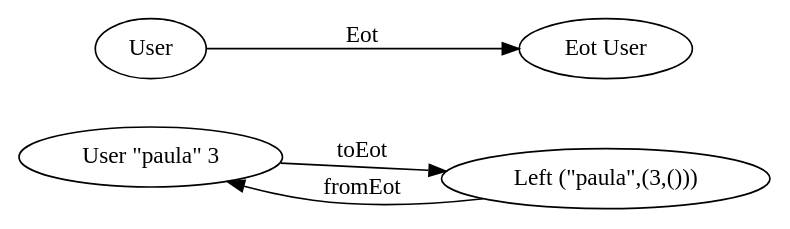
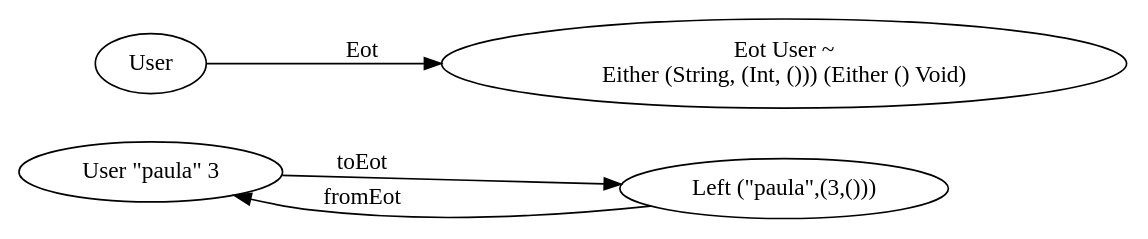
Before and after one commit to soenkehahn/bobkonf-generics: the diagram in slides/HasEot.dot, drawn with Graphviz. The commit also changed 3 other files, not shown here.

```diff
--- a/slides/HasEot.dot
+++ b/slides/HasEot.dot
@@ -1,12 +1,12 @@
 digraph g {
   rankdir = LR;
 
   userValue -> eotValue [label = "toEot"];
   userValue [label = "User \"paula\" 3"];
   eotValue [label = "Left (\"paula\",(3,()))"];
 
   eotValue -> userValue [label = "fromEot"];
 
   User -> EotUser [label = "Eot"];
-  EotUser [label = "Eot User"];
+  EotUser [label = "Eot User ~ \nEither (String, (Int, ())) (Either () Void)"];
 }
```
